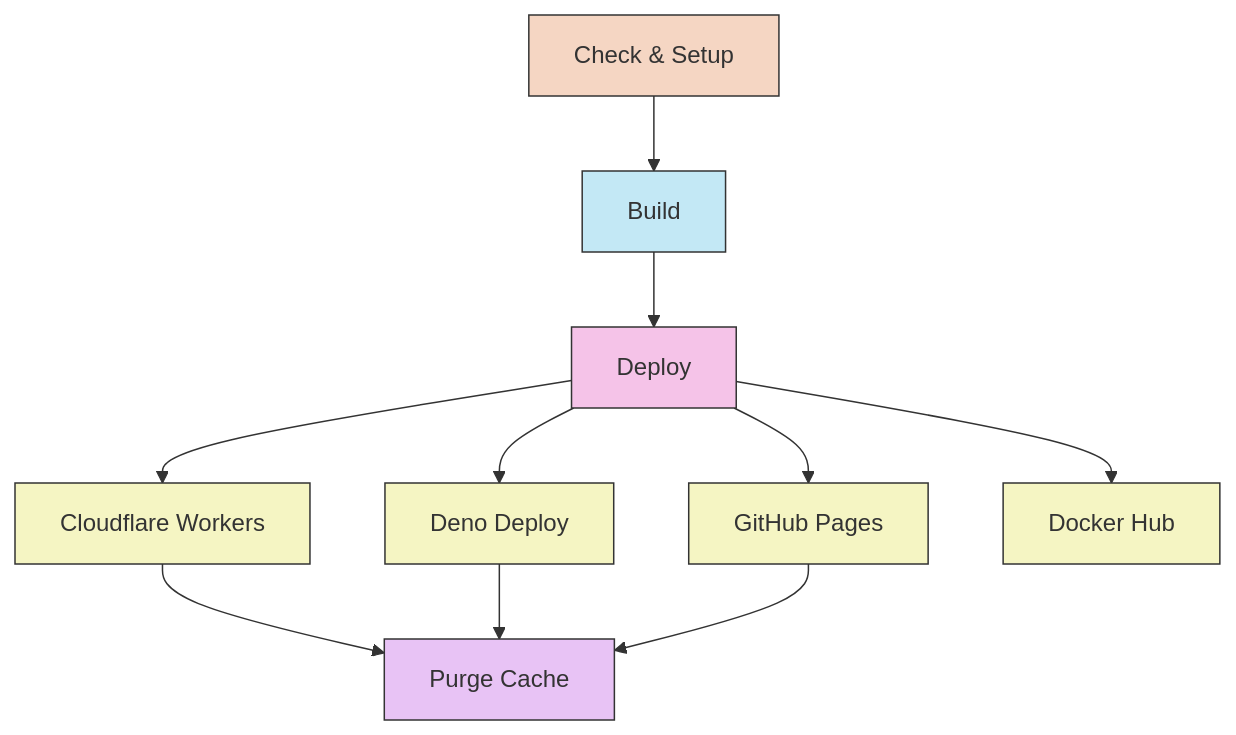
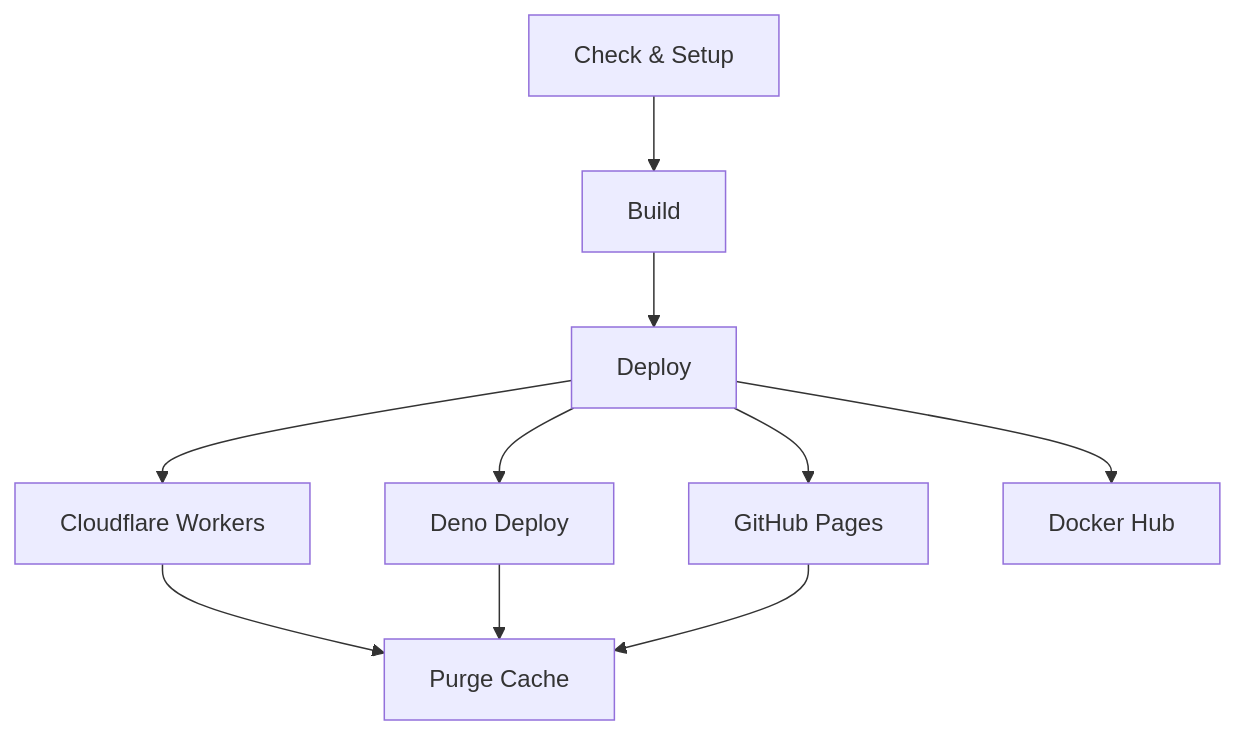
One commit to erfianugrah/revista-3 changed the diagram in .github/README.md. Above: the diagram before and after it, drawn with Mermaid. The commit also changed 4 other files, not shown here.

First line of the commit message:
chore: clean up docs — remove PLAN.md, merge Docker README, fix mermaid contrast

````diff
--- a/.github/README.md
+++ b/.github/README.md
@@ -15,24 +15,12 @@
 ```mermaid
 graph TD
     A["Check & Setup"] --> B["Build"]
     B --> D["Deploy"]
     D --> E1["Cloudflare Workers"]
     D --> E2["Deno Deploy"]
     D --> E3["GitHub Pages"]
     D --> E4["Docker Hub"]
     E1 --> F["Purge Cache"]
     E2 --> F
     E3 --> F
-
-    classDef setup fill:#f5d6c3,stroke:#333,stroke-width:1px
-    classDef build fill:#c3e8f5,stroke:#333,stroke-width:1px
-    classDef deploy fill:#f5c3e8,stroke:#333,stroke-width:1px
-    classDef target fill:#f5f5c3,stroke:#333,stroke-width:1px
-    classDef cache fill:#e8c3f5,stroke:#333,stroke-width:1px
-
-    class A setup
-    class B build
-    class D deploy
-    class E1,E2,E3,E4 target
-    class F cache
 ```
````
